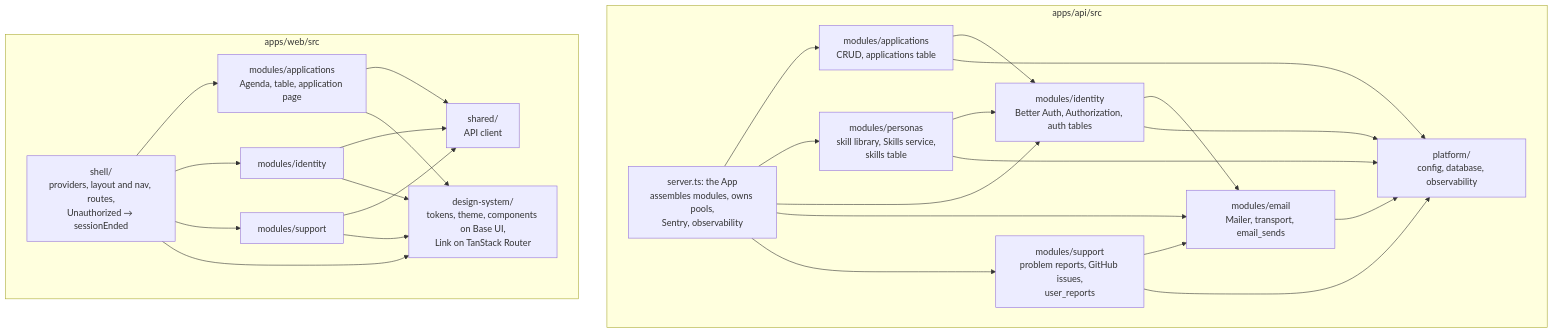
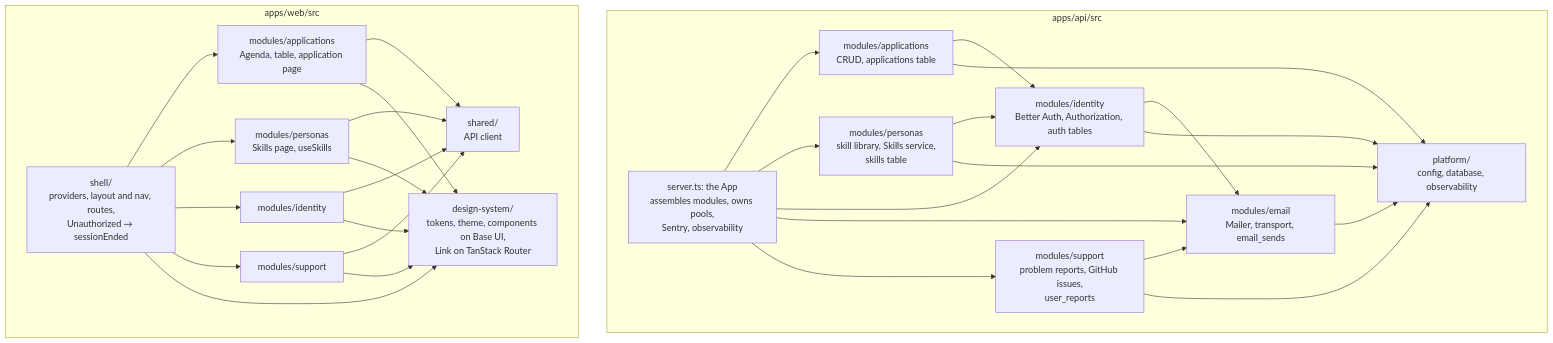
The second of 8 diagrams in docs/architecture.md (brianpatterson/roundtable), drawn with Mermaid before and after one commit. The commit also changed other lines of this file and 11 other files, not shown here.

Commit message:
feat: Skills page to add, rename, archive and restore Skills

````diff
--- a/docs/architecture.md
+++ b/docs/architecture.md
@@ -74,23 +74,24 @@
 ```mermaid
 flowchart TB
   subgraph api[apps/api/src]
     server[server.ts: the App<br/>assembles modules, owns pools,<br/>Sentry, observability] --> applications & personas & identity & email & support
     applications[modules/applications<br/>CRUD, applications table] --> identity
     personas[modules/personas<br/>skill library, Skills service,<br/>skills table] --> identity
     personas --> platform
     support[modules/support<br/>problem reports, GitHub issues,<br/>user_reports] --> email
     support --> platform
     identity[modules/identity<br/>Better Auth, Authorization, auth tables] --> email
     email[modules/email<br/>Mailer, transport, email_sends] --> platform
     applications --> platform
     identity --> platform
     platform[platform/<br/>config, database, observability]
   end
   subgraph web[apps/web/src]
-    shell[shell/<br/>providers, layout and nav, routes,<br/>Unauthorized → sessionEnded] --> wapps[modules/applications<br/>Agenda, table, application page] & wid[modules/identity] & wsup[modules/support]
+    shell[shell/<br/>providers, layout and nav, routes,<br/>Unauthorized → sessionEnded] --> wapps[modules/applications<br/>Agenda, table, application page] & wper[modules/personas<br/>Skills page, useSkills] & wid[modules/identity] & wsup[modules/support]
     wapps --> wshared[shared/<br/>API client]
+    wper --> wshared
     wid --> wshared
     wsup --> wshared
-    shell & wapps & wid & wsup --> ds[design-system/<br/>tokens, theme, components on Base UI,<br/>Link on TanStack Router]
+    shell & wapps & wper & wid & wsup --> ds[design-system/<br/>tokens, theme, components on Base UI,<br/>Link on TanStack Router]
   end
 ```
````
